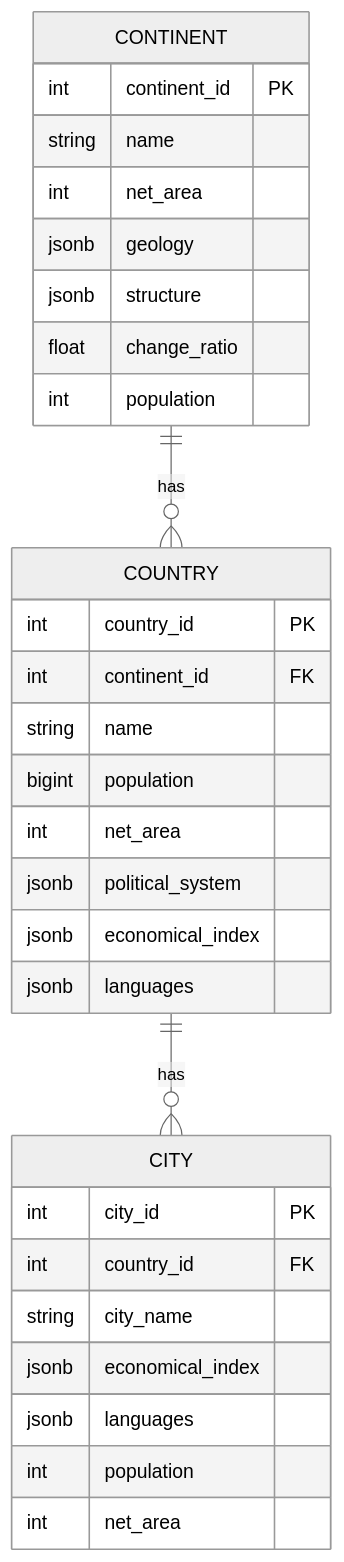
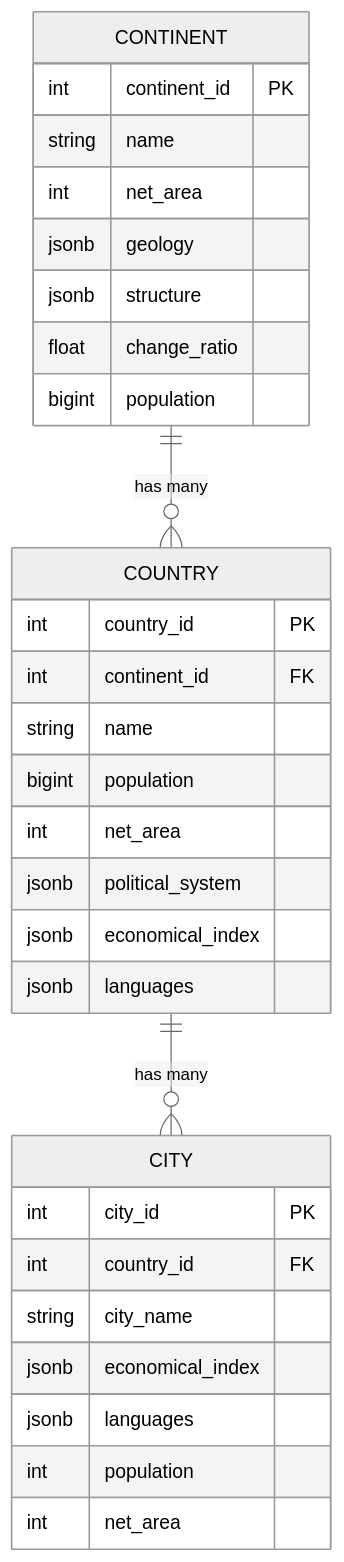
One commit to cubito1080/devops changed the diagram in README.md. Above: the diagram before and after it, drawn with Mermaid (neutral theme). The commit also changed other lines of this file, not shown here.

Commit message:
:memo: docs: rewrite README with full architecture, linked-list chain, GCP reference

````diff
--- a/README.md
+++ b/README.md
@@ -170,36 +314,36 @@
 ```mermaid
 erDiagram
     CONTINENT {
-        int continent_id PK
-        string name
-        int net_area
-        jsonb geology
-        jsonb structure
-        float change_ratio
-        int population
+        int     continent_id  PK
+        string  name
+        int     net_area
+        jsonb   geology
+        jsonb   structure
+        float   change_ratio
+        bigint  population
     }
 
     COUNTRY {
-        int country_id PK
-        int continent_id FK
-        string name
-        bigint population
-        int net_area
-        jsonb political_system
-        jsonb economical_index
-        jsonb languages
+        int     country_id    PK
+        int     continent_id  FK
+        string  name
+        bigint  population
+        int     net_area
+        jsonb   political_system
+        jsonb   economical_index
+        jsonb   languages
     }
 
     CITY {
-        int city_id PK
-        int country_id FK
+        int    city_id          PK
+        int    country_id       FK
         string city_name
-        jsonb economical_index
-        jsonb languages
-        int population
-        int net_area
+        jsonb  economical_index
+        jsonb  languages
+        int    population
+        int    net_area
     }
 
-    CONTINENT ||--o{ COUNTRY : "has"
-    COUNTRY ||--o{ CITY : "has"
+    CONTINENT ||--o{ COUNTRY : "has many"
+    COUNTRY   ||--o{ CITY    : "has many"
 ```
````
